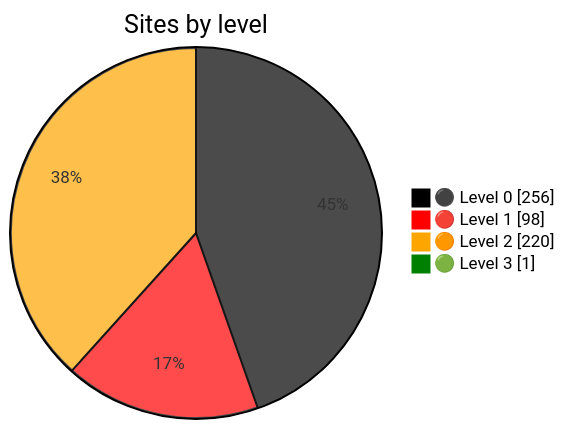
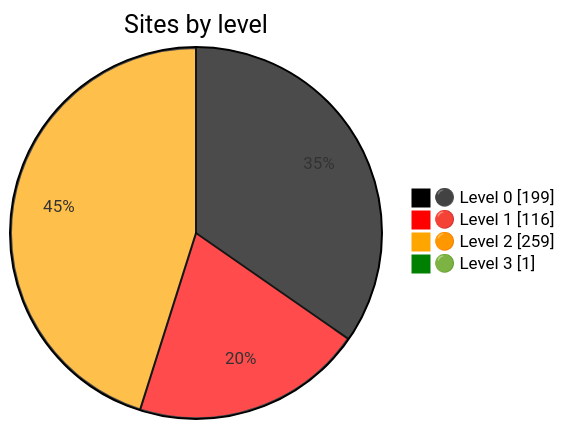
The diagram in README.md (nuuuwan/gov_lk_web_auditor), drawn with Mermaid before and after one commit. The commit also changed other lines of this file and 2608 other files, not shown here.

````diff
--- a/README.md
+++ b/README.md
@@ -24,9 +24,9 @@
 ```mermaid
 %%{init: {"themeVariables":{"pie1":"black","pie2":"red","pie3":"orange","pie4":"green"}}}%%
 pie showData
     title Sites by level
-    "⚫ Level 0" : 256
-    "🔴 Level 1" : 98
-    "🟠 Level 2" : 220
+    "⚫ Level 0" : 199
+    "🔴 Level 1" : 116
+    "🟠 Level 2" : 259
     "🟢 Level 3" : 1
 ```
````
